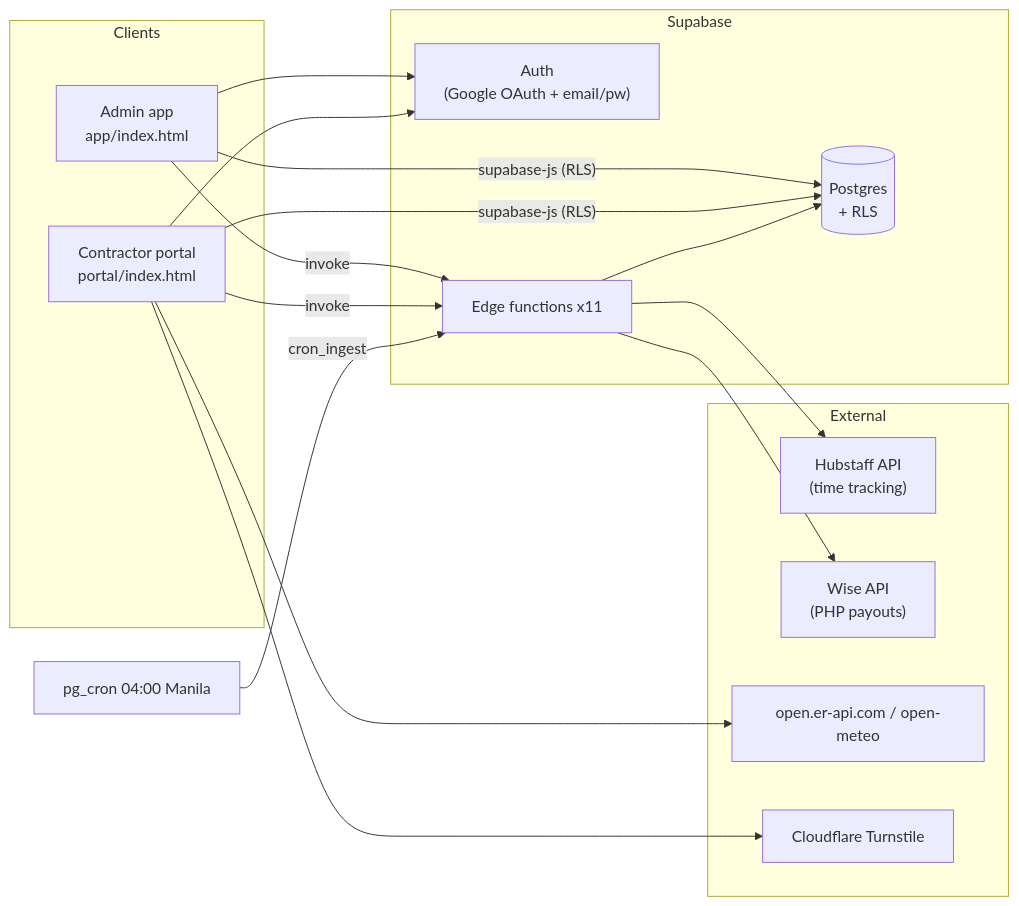
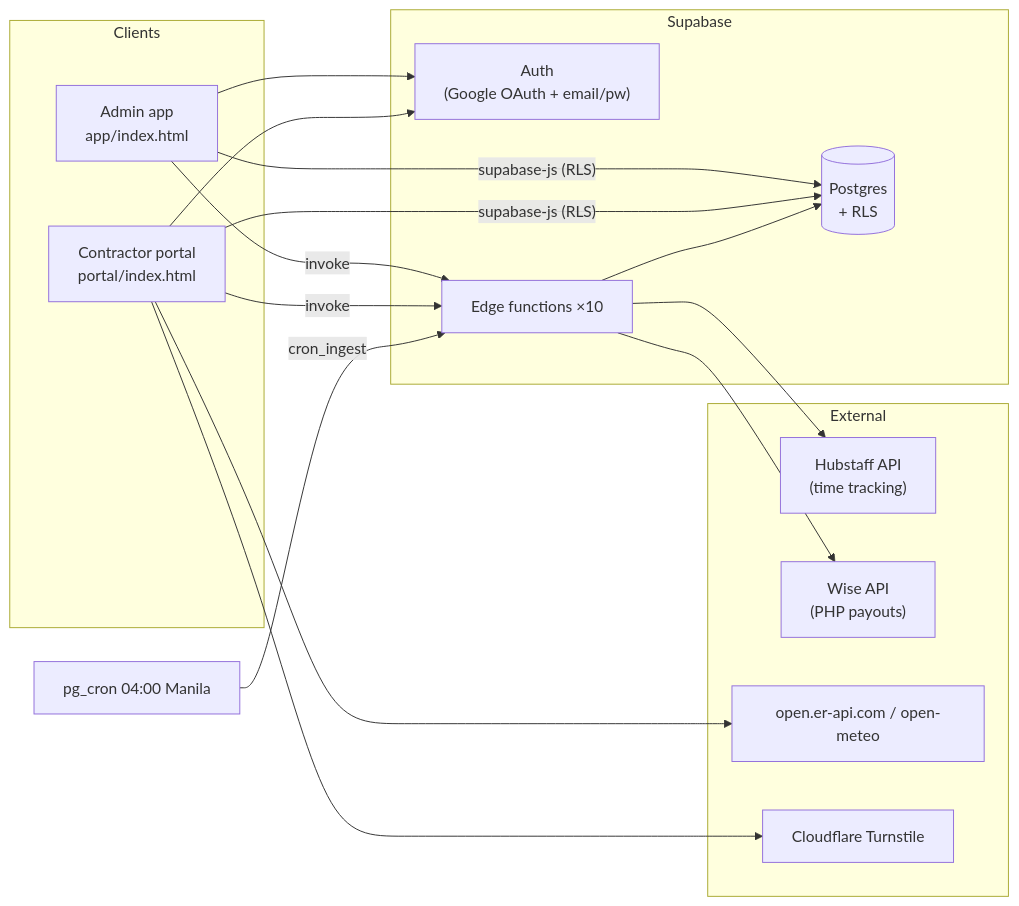
One commit to asongulol/abc-work-app-payroll-wis-hubstaff-app changed the first of 3 diagrams in docs/code-map.md. Above: the diagram before and after it, drawn with Mermaid. The commit also changed other lines of this file and 3 other files, not shown here.

````diff
--- a/docs/code-map.md
+++ b/docs/code-map.md
@@ -15,31 +15,31 @@
 ```mermaid
 flowchart LR
   subgraph Clients
     ADMIN["Admin app<br/>app/index.html"]
     PORTAL["Contractor portal<br/>portal/index.html"]
   end
   subgraph Supabase
     AUTH["Auth<br/>(Google OAuth + email/pw)"]
     DB[("Postgres<br/>+ RLS")]
-    EF["Edge functions x11"]
+    EF["Edge functions ×10"]
   end
   subgraph External
     HUB["Hubstaff API<br/>(time tracking)"]
     WISE["Wise API<br/>(PHP payouts)"]
     FX["open.er-api.com / open-meteo"]
     TS["Cloudflare Turnstile"]
   end
 
   ADMIN -->|"supabase-js (RLS)"| DB
   ADMIN -->|invoke| EF
   ADMIN --> AUTH
   PORTAL -->|"supabase-js (RLS)"| DB
   PORTAL -->|invoke| EF
   PORTAL --> AUTH
   PORTAL --> TS
   PORTAL --> FX
   EF --> DB
   EF --> HUB
   EF --> WISE
   CRON["pg_cron 04:00 Manila"] -->|cron_ingest| EF
 ```
````
